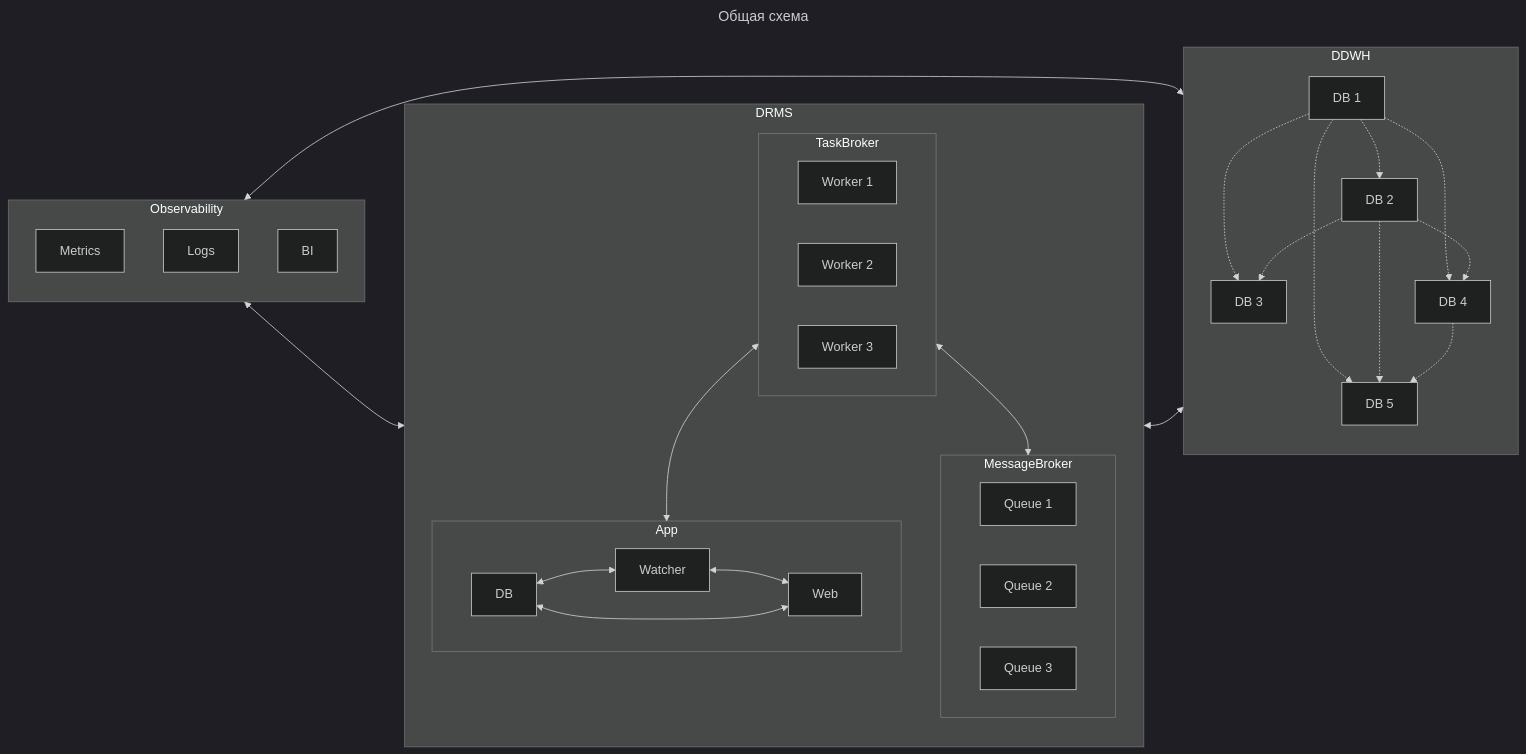
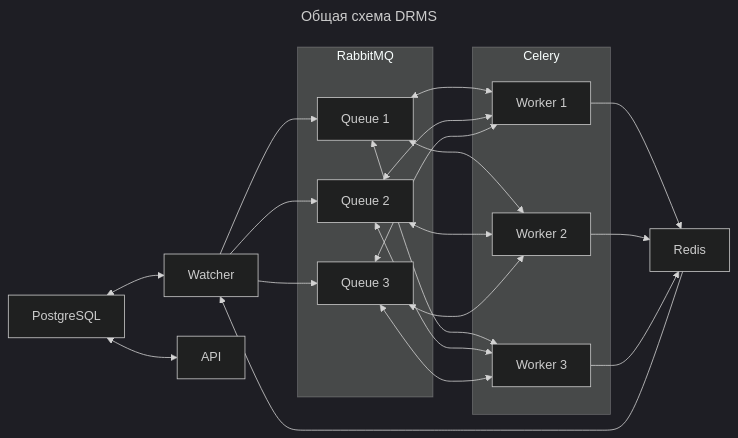
The second of 2 diagrams in project/README.md (minkovso/OtusHA), drawn with Mermaid (dark theme) before and after one commit. The commit also changed other lines of this file, not shown here.

````diff
--- a/project/README.md
+++ b/project/README.md
@@ -9,42 +158,22 @@
 ```mermaid
 ---
-title: Общая схема
+title: Общая схема DRMS
 ---
 flowchart LR
-    subgraph DRMS
-        subgraph MessageBroker
-            q1[Queue 1]
-            q2[Queue 2]
-            q3[Queue 3]
-        end
-        subgraph TaskBroker
-            w1[Worker 1]
-            w2[Worker 2]
-            w3[Worker 3]
-        end
-        subgraph App
-            a1[DB]
-            a2[Watcher]
-            a3[Web]
-            a3 <--> a1 <--> a2 <--> a3
-        end
-        TaskBroker <--> App & MessageBroker
+    PostgreSQL <--> Watcher & API
+    subgraph Celery
+        w1[Worker 1]
+        w2[Worker 2]
+        w3[Worker 3]
     end
-    subgraph DDWH
-        n1[DB 1]
-        n2[DB 2]
-        n3[DB 3]
-        n4[DB 4]
-        n5[DB 5]
-        n1 -.-> n2 & n3 & n4 & n5
-        n2 -.-> n3 & n4 & n5
-        n4 -.-> n5
+    subgraph RabbitMQ
+        q1[Queue 1]
+        q2[Queue 2]
+        q3[Queue 3]
     end
-    subgraph Observability
-        o1[Metrics]
-        o2[Logs]
-        o3[BI]
-    end
-    Observability <--> DRMS & DDWH
-    DRMS <--> DDWH
+    Watcher --> q1 & q2 & q3
+    q1 <--> w1 & w2 & w3
+    q2 <--> w1 & w2 & w3
+    q3 <--> w1 & w2 & w3
+    w1 & w2 & w3 --> Redis --> Watcher
 ```
````
